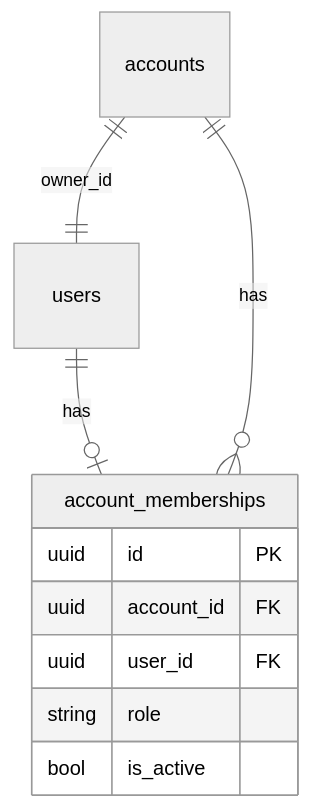
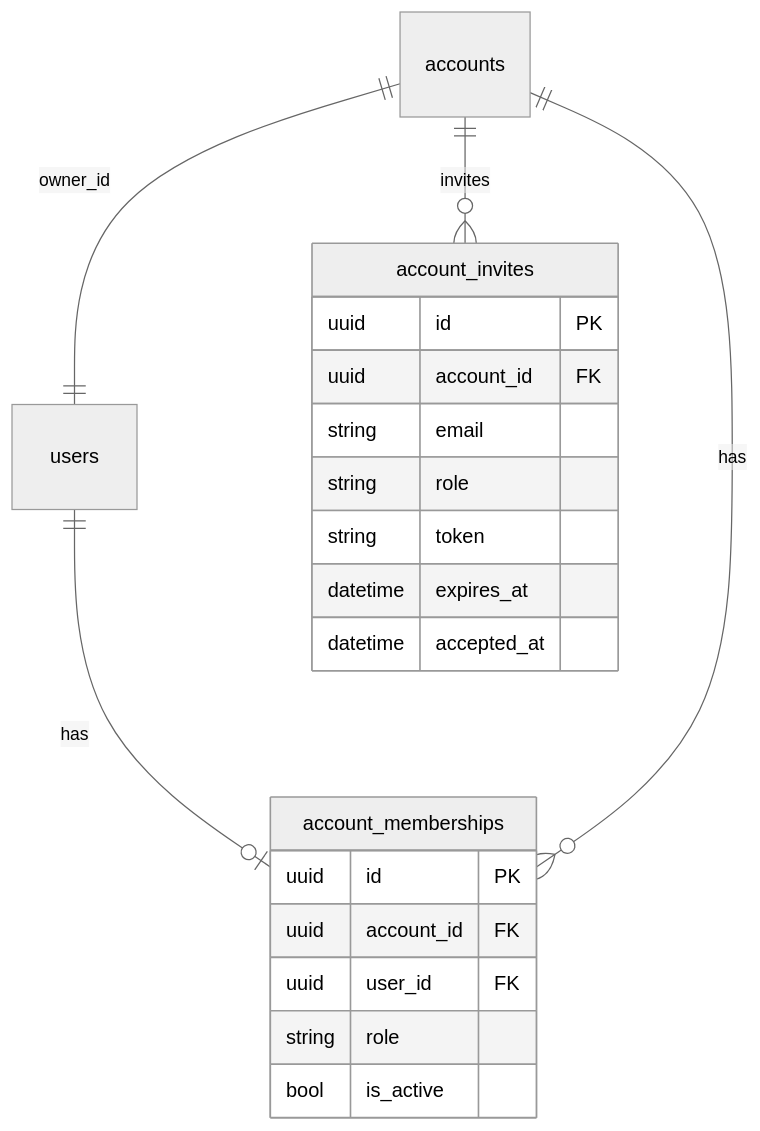
One commit to vladweat/landlords changed the diagram in docs/multi-user-roles.md. Above: the diagram before and after it, drawn with Mermaid (neutral theme). The commit also changed other lines of this file and 39 other files, not shown here.

First line of the commit message:
feat: add SMTP email delivery and team invites by link

````diff
--- a/docs/multi-user-roles.md
+++ b/docs/multi-user-roles.md
@@ -33,13 +33,23 @@
 ```mermaid
 erDiagram
   users ||--o| account_memberships : has
   accounts ||--o{ account_memberships : has
   accounts ||--|| users : owner_id
+  accounts ||--o{ account_invites : invites
   account_memberships {
     uuid id PK
     uuid account_id FK
     uuid user_id FK
     string role
     bool is_active
   }
+  account_invites {
+    uuid id PK
+    uuid account_id FK
+    string email
+    string role
+    string token
+    datetime expires_at
+    datetime accepted_at
+  }
 ```
````
